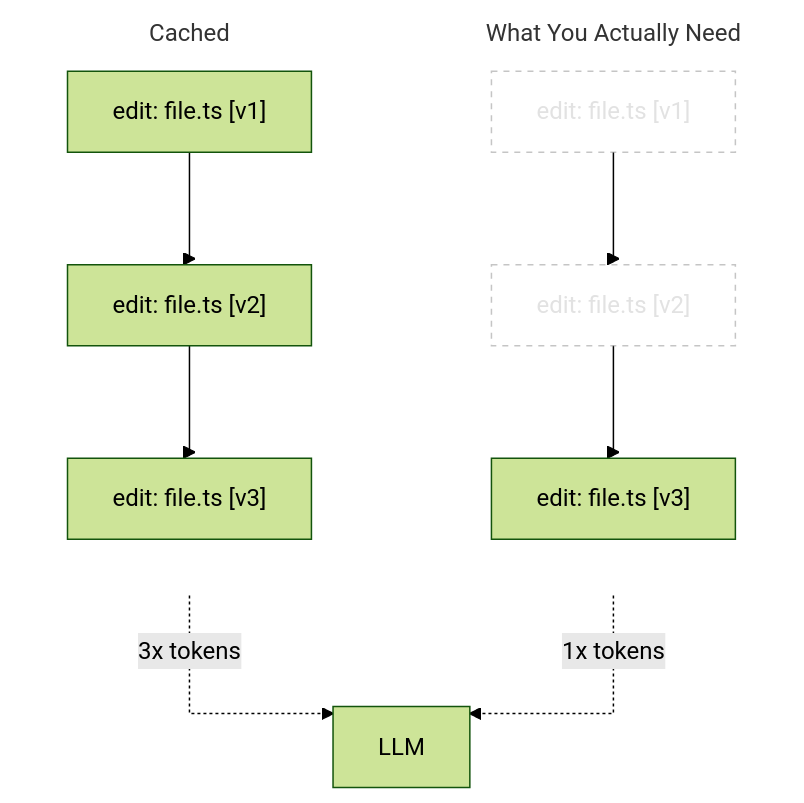
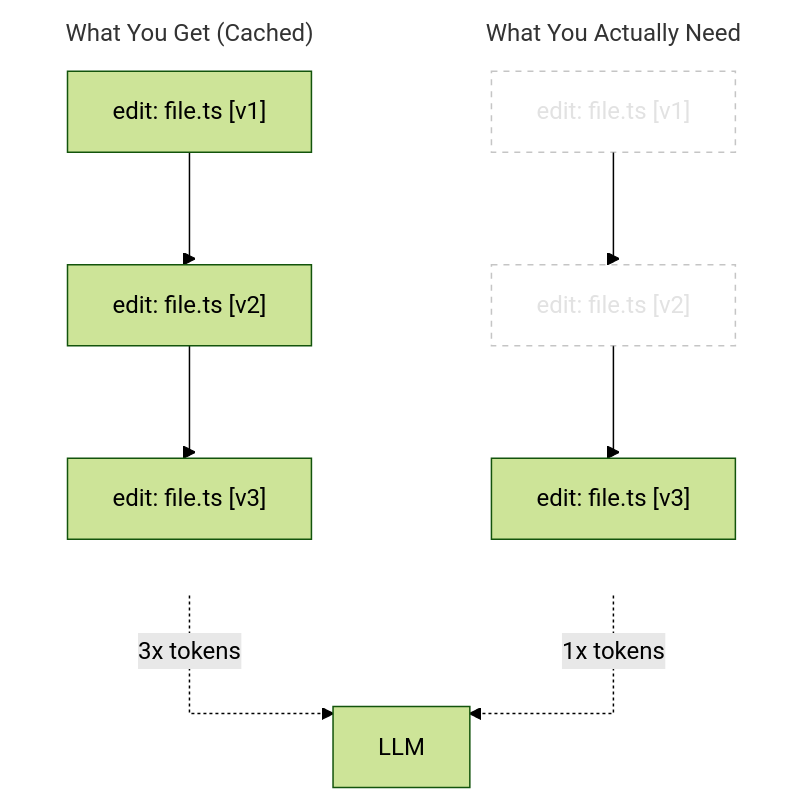
One commit to cau1k/caulk.lol changed the diagram in content/posts/prompt-caching-sucks.mdx. Above: the diagram before and after it, drawn with Mermaid (forest theme).

Commit message:
feat: mermaidddd

````diff
--- a/content/posts/prompt-caching-sucks.mdx
+++ b/content/posts/prompt-caching-sucks.mdx
@@ -16,22 +16,22 @@
 ```mermaid
 %%{ init: { 'flowchart': { 'curve': 'stepBefore' } } }%%
 flowchart TB
     subgraph current["What You Actually Need"]
         direction TB
         v1ghost["edit: file.ts [v1]"] --> v2ghost["edit: file.ts [v2]"] --> need["edit: file.ts [v3]"]
     end
 
-    subgraph cached["Cached"]
+    subgraph cached["What You Get (Cached)"]
         direction TB
         v1["edit: file.ts [v1]"] --> v2["edit: file.ts [v2]"] --> v3["edit: file.ts [v3]"]
     end
 
     need -. "1x tokens" .-> LLM
     v3 -. "3x tokens" .-> LLM
 
     classDef ghost fill:transparent,stroke:#8c8c8c,color:#8c8c8c,stroke-dasharray:4 4,opacity:0.5
     class v1ghost,v2ghost ghost
 
     style current fill:none,stroke:none
     style cached fill:none,stroke:none
 ```
````
